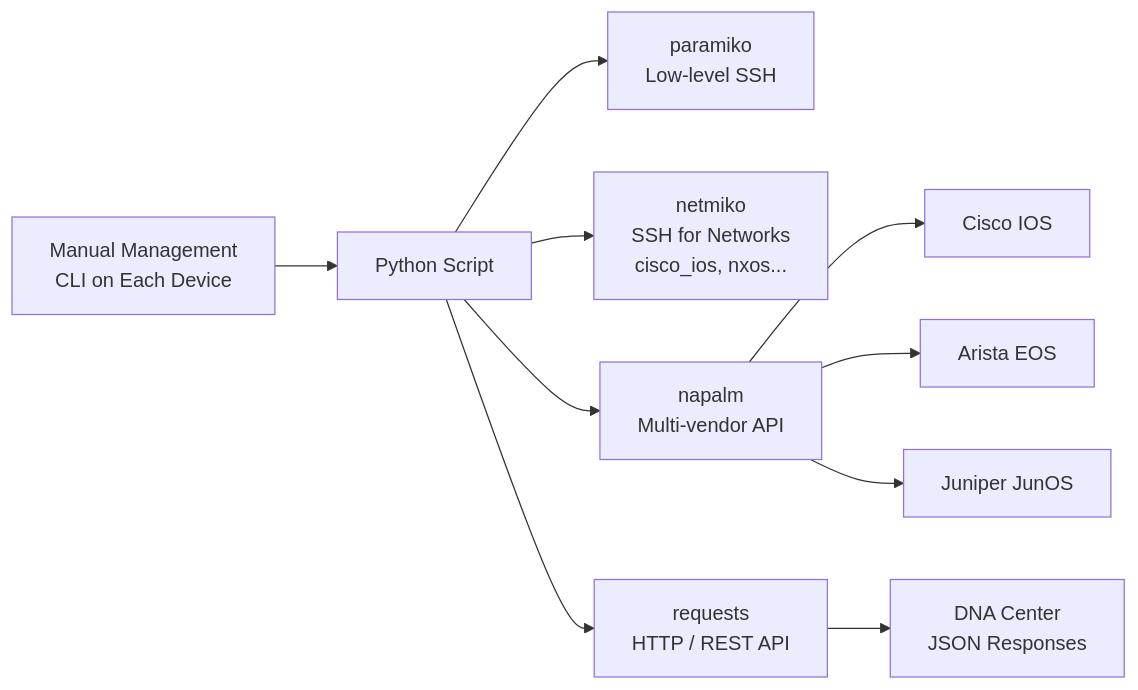
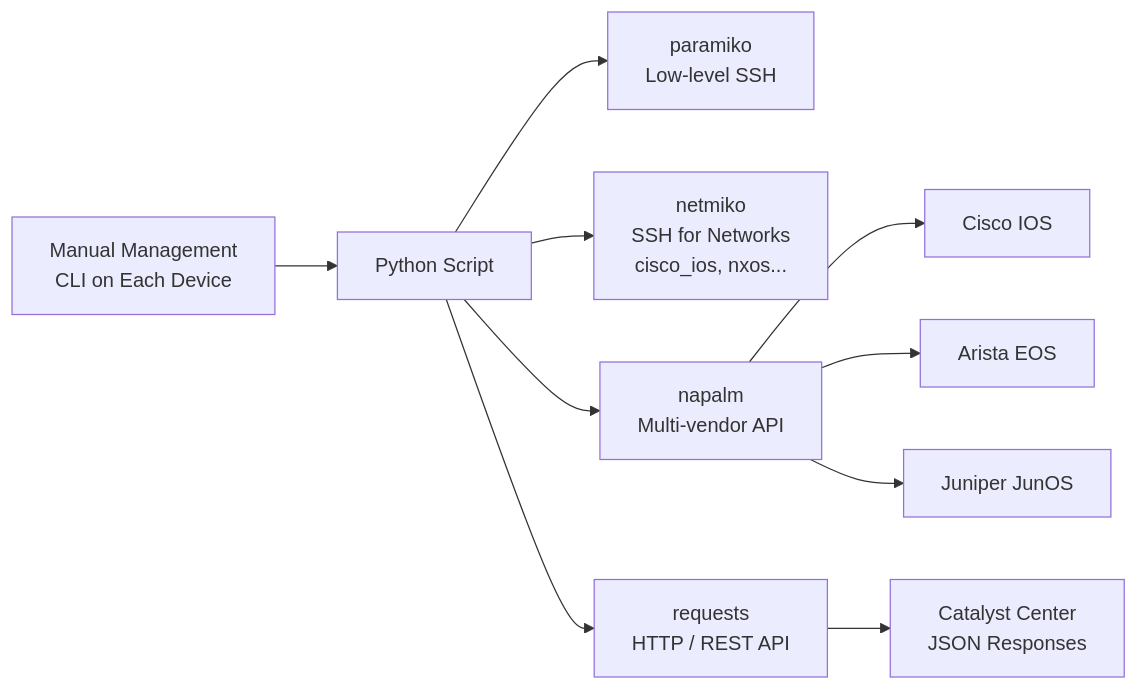
One commit to NickelFace/maks.top changed the diagram in content/posts/ccna/ccna-6-04-python-automation.md. Above: the diagram before and after it, drawn with Mermaid. The commit also changed other lines of this file and 94 other files, not shown here.

````diff
--- a/content/posts/ccna/ccna-6-04-python-automation.md
+++ b/content/posts/ccna/ccna-6-04-python-automation.md
@@ -305,12 +305,12 @@
 ```mermaid
 flowchart LR
     Manual["Manual Management\nCLI on Each Device"] --> Python["Python Script"]
     Python --> Paramiko["paramiko\nLow-level SSH"]
     Python --> Netmiko["netmiko\nSSH for Networks\ncisco_ios, nxos..."]
     Python --> NAPALM["napalm\nMulti-vendor API"]
     Python --> Requests["requests\nHTTP / REST API"]
-    Requests --> DNA["DNA Center\nJSON Responses"]
+    Requests --> DNA["Catalyst Center\nJSON Responses"]
     NAPALM --> IOS["Cisco IOS"]
     NAPALM --> EOS["Arista EOS"]
     NAPALM --> JunOS["Juniper JunOS"]
 ```
````
